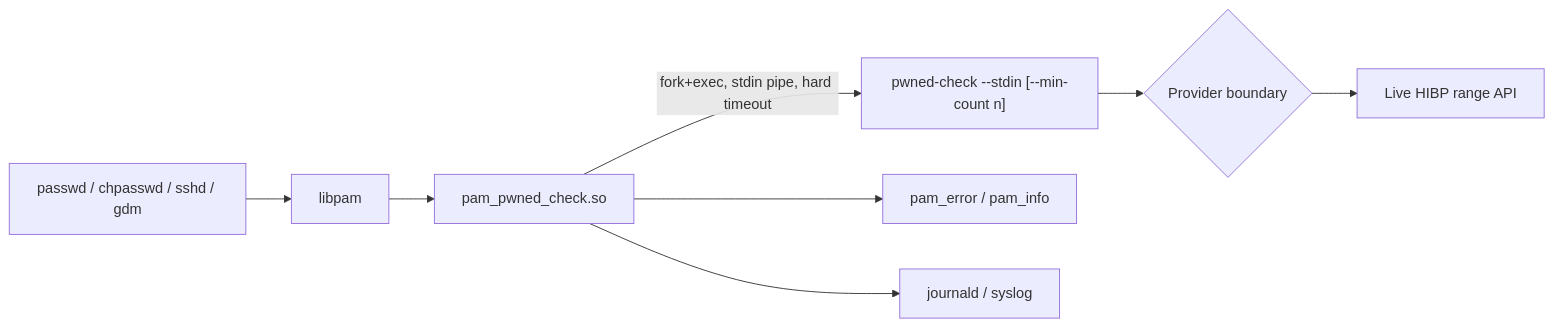
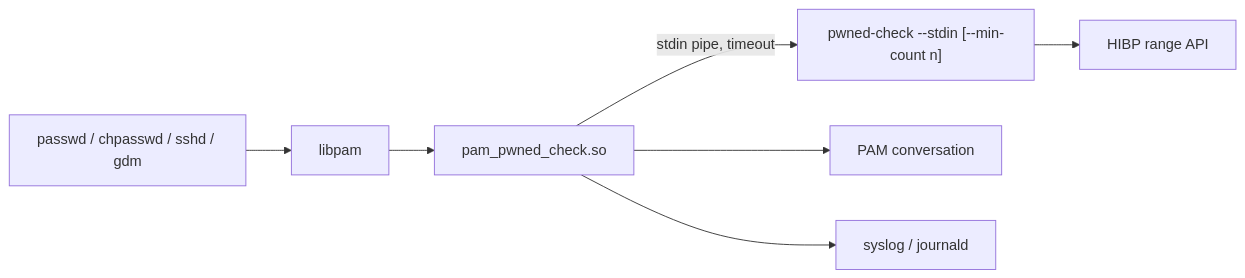
Before and after one commit to phillipmcmahon/pwned-check: the diagram in docs/native-pam-module.md, drawn with Mermaid. The commit also changed other lines of this file, not shown here.

Commit message:
Trim native PAM module contract doc [skip ci]

````diff
--- a/docs/native-pam-module.md
+++ b/docs/native-pam-module.md
@@ -11,10 +15,9 @@
 ```mermaid
 flowchart LR
-    Passwd["passwd / chpasswd / sshd / gdm"] --> PAM["libpam"]
+    App["passwd / chpasswd / sshd / gdm"] --> PAM["libpam"]
     PAM --> Module["pam_pwned_check.so"]
-    Module -->|"fork+exec, stdin pipe, hard timeout"| Checker["pwned-check --stdin [--min-count n]"]
-    Checker --> Provider{"Provider boundary"}
-    Provider --> HIBP["Live HIBP range API"]
-    Module --> Conv["pam_error / pam_info"]
-    Module --> Log["journald / syslog"]
+    Module -->|"stdin pipe, timeout"| Checker["pwned-check --stdin [--min-count n]"]
+    Checker --> Provider["HIBP range API"]
+    Module --> Conv["PAM conversation"]
+    Module --> Log["syslog / journald"]
 ```
````
